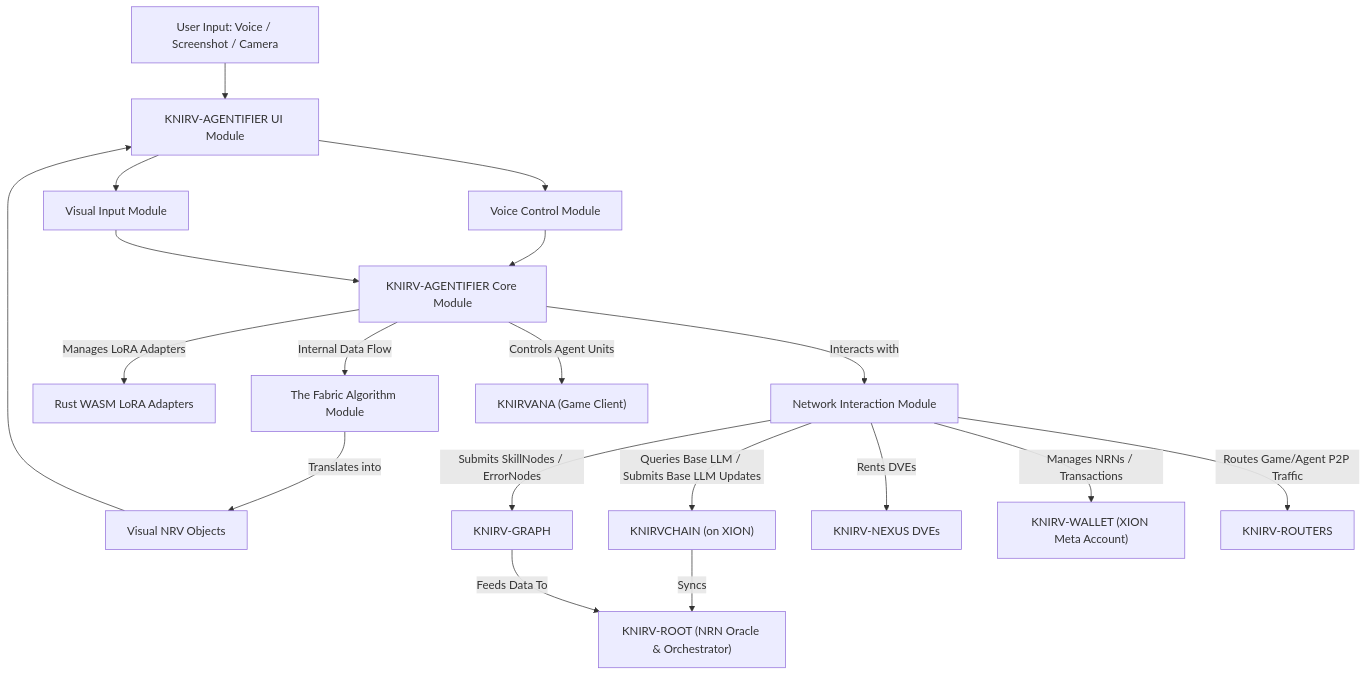
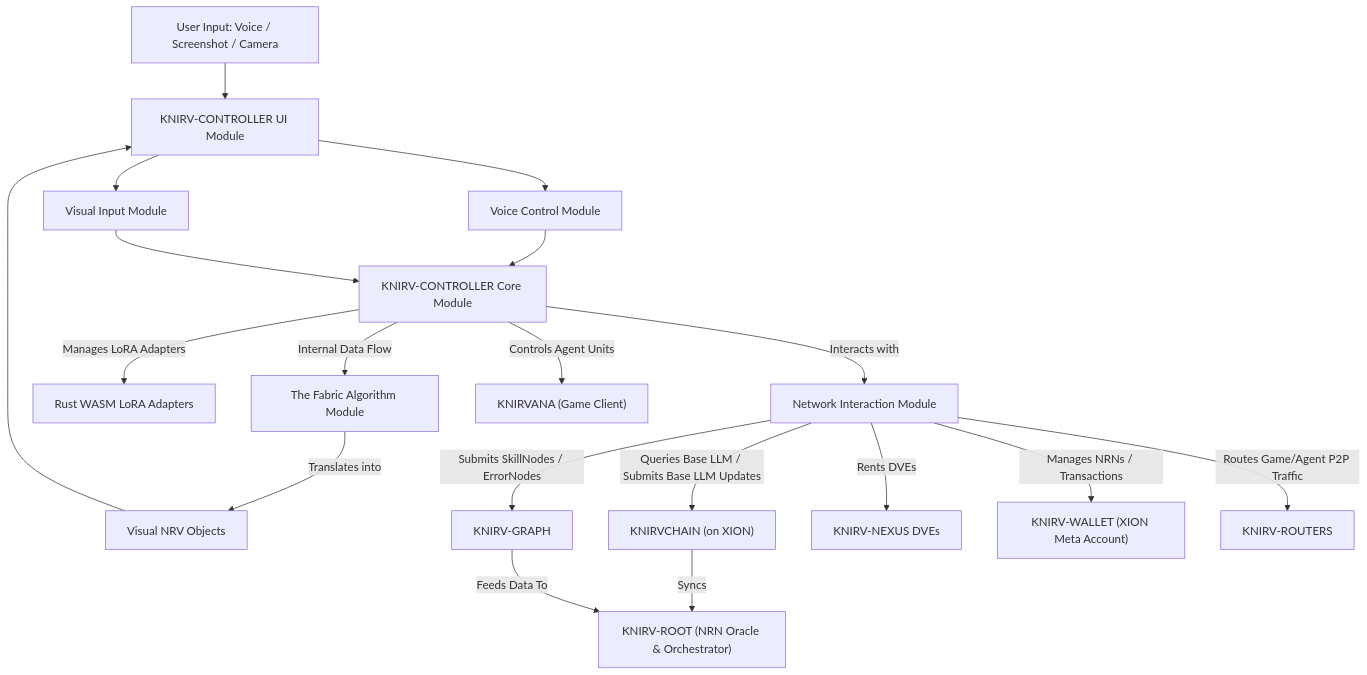
Before and after one commit to guiperry/KNIRV_NETWORK: the diagram in KNIRVWALLET/SDD.md, drawn with Mermaid. The commit also changed other lines of this file and 97 other files, not shown here.

````diff
--- a/KNIRVWALLET/SDD.md
+++ b/KNIRVWALLET/SDD.md
@@ -33,25 +33,25 @@
 ```mermaid
     graph TD
-    A[User Input: Voice / Screenshot / Camera] --> B[KNIRV-AGENTIFIER UI Module]
+    A[User Input: Voice / Screenshot / Camera] --> B[KNIRV-CONTROLLER UI Module]
     B --> C[Voice Control Module]
     B --> D[Visual Input Module]
-    C --> E[KNIRV-AGENTIFIER Core Module]
+    C --> E[KNIRV-CONTROLLER Core Module]
     D --> E
     E -- Internal Data Flow --> F["The Fabric" Algorithm Module]
     E -- Manages LoRA Adapters --> G[Rust WASM LoRA Adapters]
     E -- Interacts with --> H[Network Interaction Module]
 
     F -- Translates into --> I[Visual NRV Objects]
     I --> B
 
     H -- "Queries Base LLM / Submits Base LLM Updates" --> J["KNIRVCHAIN (on XION)"]
     H -- "Submits SkillNodes / ErrorNodes" --> K[KNIRV-GRAPH]
     H -- Rents DVEs --> L[KNIRV-NEXUS DVEs]
     H -- "Manages NRNs / Transactions" --> M["KNIRV-WALLET (XION Meta Account)"]
     H -- "Routes Game/Agent P2P Traffic" --> N[KNIRV-ROUTERS]
     E -- Controls Agent Units --> O["KNIRVANA (Game Client)"]
 
     J -- Syncs --> P["KNIRV-ROOT (NRN Oracle & Orchestrator)"]
     K -- Feeds Data To --> P
 
 ```
````
